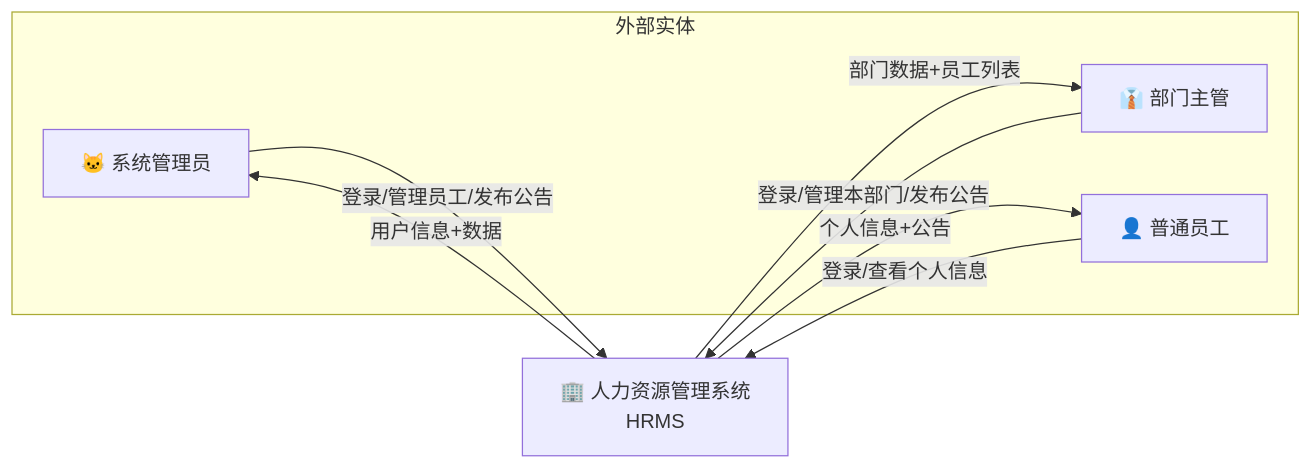
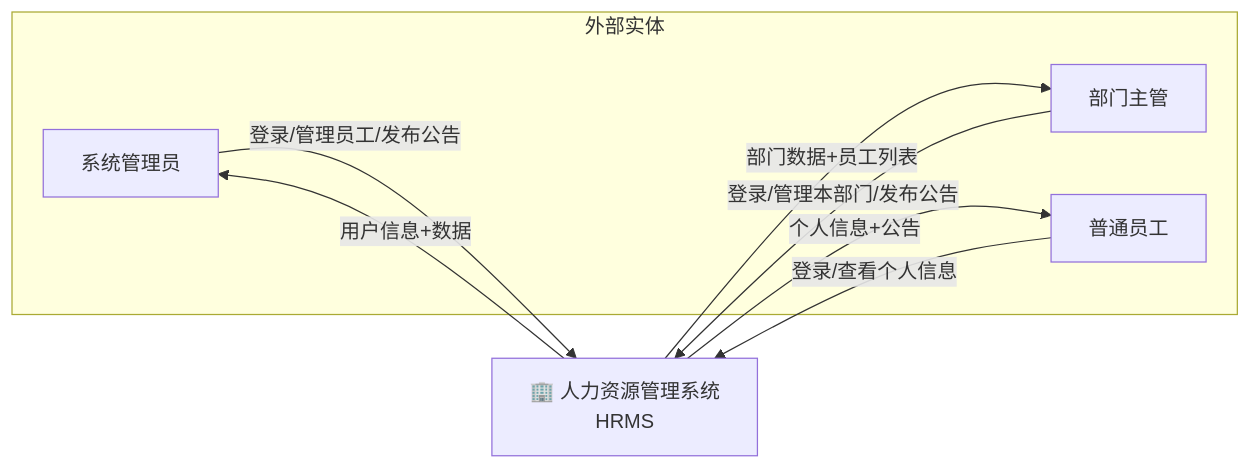
The first of 3 diagrams in 数据库/人力资源管理系统数据流图.md (tanhon/Note), drawn with Mermaid before and after one commit. The commit also changed 7 other files, not shown here.

````diff
--- a/数据库/人力资源管理系统数据流图.md
+++ b/数据库/人力资源管理系统数据流图.md
@@ -13,18 +13,18 @@
 ```mermaid
 flowchart LR
     subgraph 外部实体
-        A[🐱 系统管理员]
-        M[👔 部门主管]
-        E[👤 普通员工]
+        A[系统管理员]
+        M[部门主管]
+        E[普通员工]
     end
     
     HRMS[🏢 人力资源管理系统\nHRMS]
     
     A -->|登录/管理员工/发布公告| HRMS
     M -->|登录/管理本部门/发布公告| HRMS
     E -->|登录/查看个人信息| HRMS
     
     HRMS -->|用户信息+数据| A
     HRMS -->|部门数据+员工列表| M
     HRMS -->|个人信息+公告| E
 ```
````
